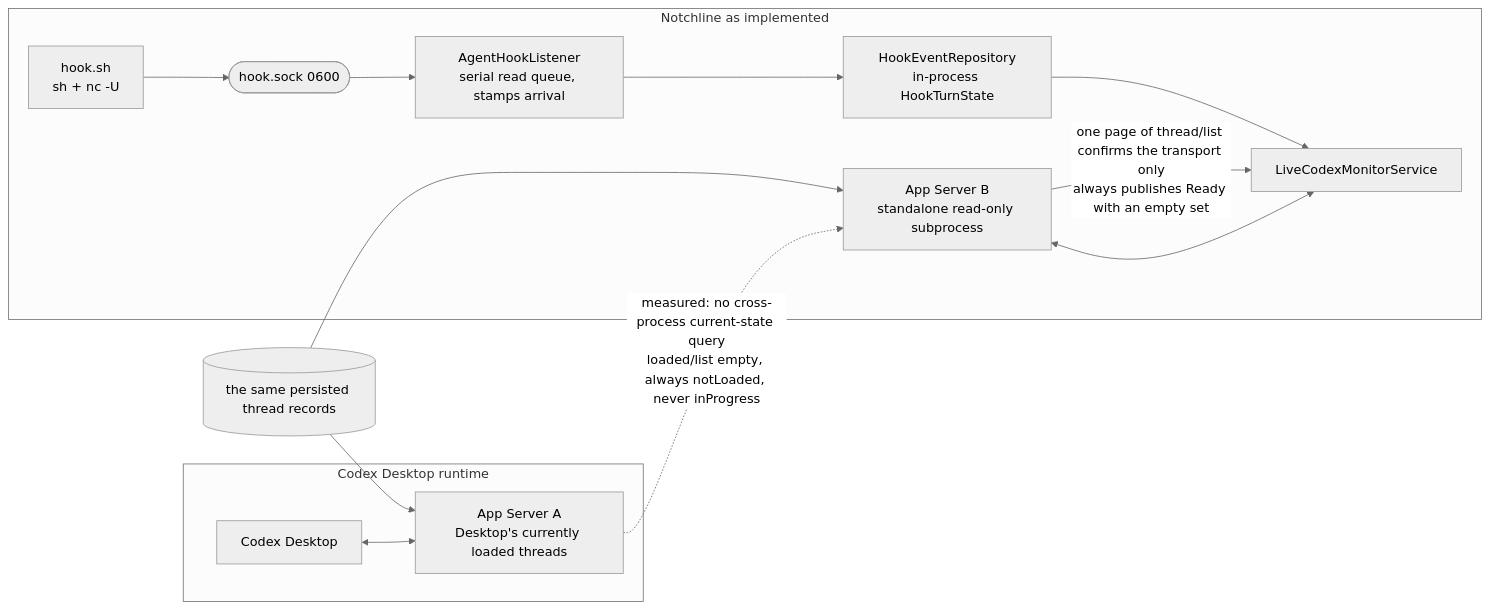
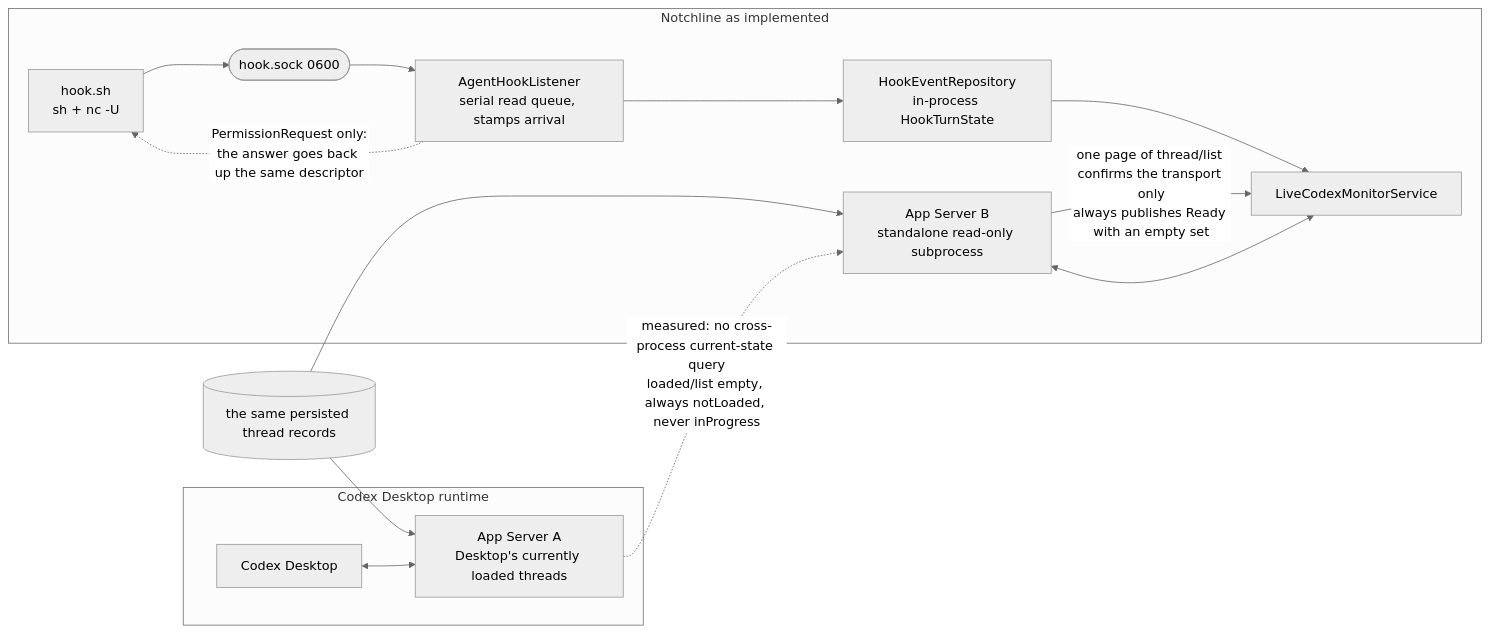
One commit to soondubu137/notchline changed the third of 6 diagrams in docs/system-architecture.md. Above: the diagram before and after it, drawn with Mermaid (neutral theme). The commit also changed other lines of this file and 10 other files, not shown here.

````diff
--- a/docs/system-architecture.md
+++ b/docs/system-architecture.md
@@ -257,19 +257,20 @@
 ```mermaid
 flowchart LR
     subgraph desktopRuntime ["Codex Desktop runtime"]
         desktop["Codex Desktop"] <--> desktopServer["App Server A\nDesktop's currently loaded threads"]
     end
 
     subgraph notchRuntime ["Notchline as implemented"]
         notch["LiveCodexMonitorService"] <--> notchServer["App Server B\nstandalone read-only subprocess"]
         helper["hook.sh\nsh + nc -U"] --> socket(["hook.sock 0600"])
         socket --> listener["AgentHookListener\nserial read queue, stamps arrival"]
+        listener -.->|"PermissionRequest only:\nthe answer goes back up the same descriptor"| helper
         listener --> liveReducer["HookEventRepository\nin-process HookTurnState"]
         liveReducer --> notch
     end
 
     store[("the same persisted thread records")] --> desktopServer
     store --> notchServer
     desktopServer -.->|"measured: no cross-process current-state query\nloaded/list empty, always notLoaded, never inProgress"| notchServer
     notchServer -->|"one page of thread/list confirms the transport only\nalways publishes Ready with an empty set"| notch
 ```
````
